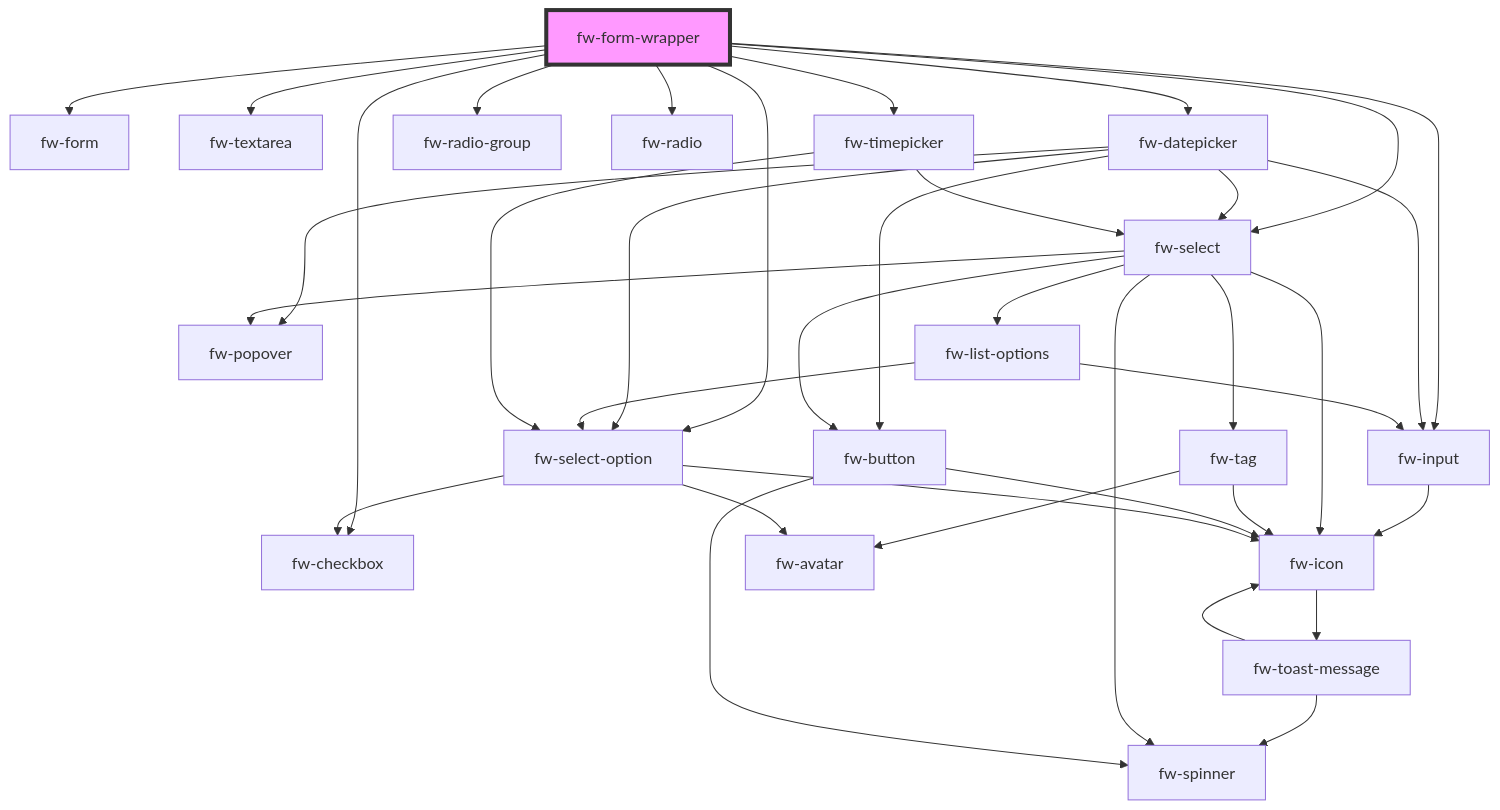
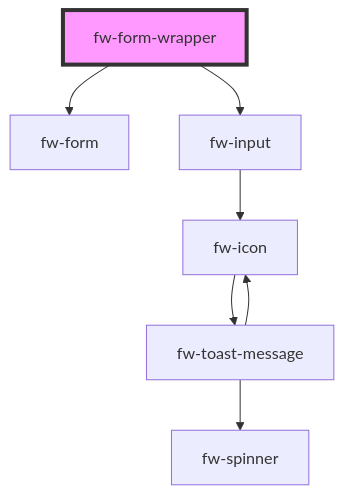
One commit to freshworks/crayons changed the diagram in packages/crayons-core/src/components/form-wrapper/readme.md. Above: the diagram before and after it, drawn with Mermaid. The commit also changed other lines of this file and 16 other files, not shown here.

````diff
--- a/packages/crayons-core/src/components/form-wrapper/readme.md
+++ b/packages/crayons-core/src/components/form-wrapper/readme.md
@@ -34,40 +26,10 @@
 ```mermaid
 graph TD;
   fw-form-wrapper --> fw-form
   fw-form-wrapper --> fw-input
-  fw-form-wrapper --> fw-textarea
-  fw-form-wrapper --> fw-datepicker
-  fw-form-wrapper --> fw-checkbox
-  fw-form-wrapper --> fw-radio-group
-  fw-form-wrapper --> fw-radio
-  fw-form-wrapper --> fw-select
-  fw-form-wrapper --> fw-select-option
-  fw-form-wrapper --> fw-timepicker
   fw-input --> fw-icon
   fw-icon --> fw-toast-message
   fw-toast-message --> fw-spinner
   fw-toast-message --> fw-icon
-  fw-datepicker --> fw-popover
-  fw-datepicker --> fw-input
-  fw-datepicker --> fw-select
-  fw-datepicker --> fw-select-option
-  fw-datepicker --> fw-button
-  fw-select --> fw-tag
-  fw-select --> fw-popover
-  fw-select --> fw-button
-  fw-select --> fw-spinner
-  fw-select --> fw-icon
-  fw-select --> fw-list-options
-  fw-tag --> fw-avatar
-  fw-tag --> fw-icon
-  fw-button --> fw-spinner
-  fw-button --> fw-icon
-  fw-list-options --> fw-select-option
-  fw-list-options --> fw-input
-  fw-select-option --> fw-icon
-  fw-select-option --> fw-checkbox
-  fw-select-option --> fw-avatar
-  fw-timepicker --> fw-select
-  fw-timepicker --> fw-select-option
   style fw-form-wrapper fill:#f9f,stroke:#333,stroke-width:4px
 ```
````
